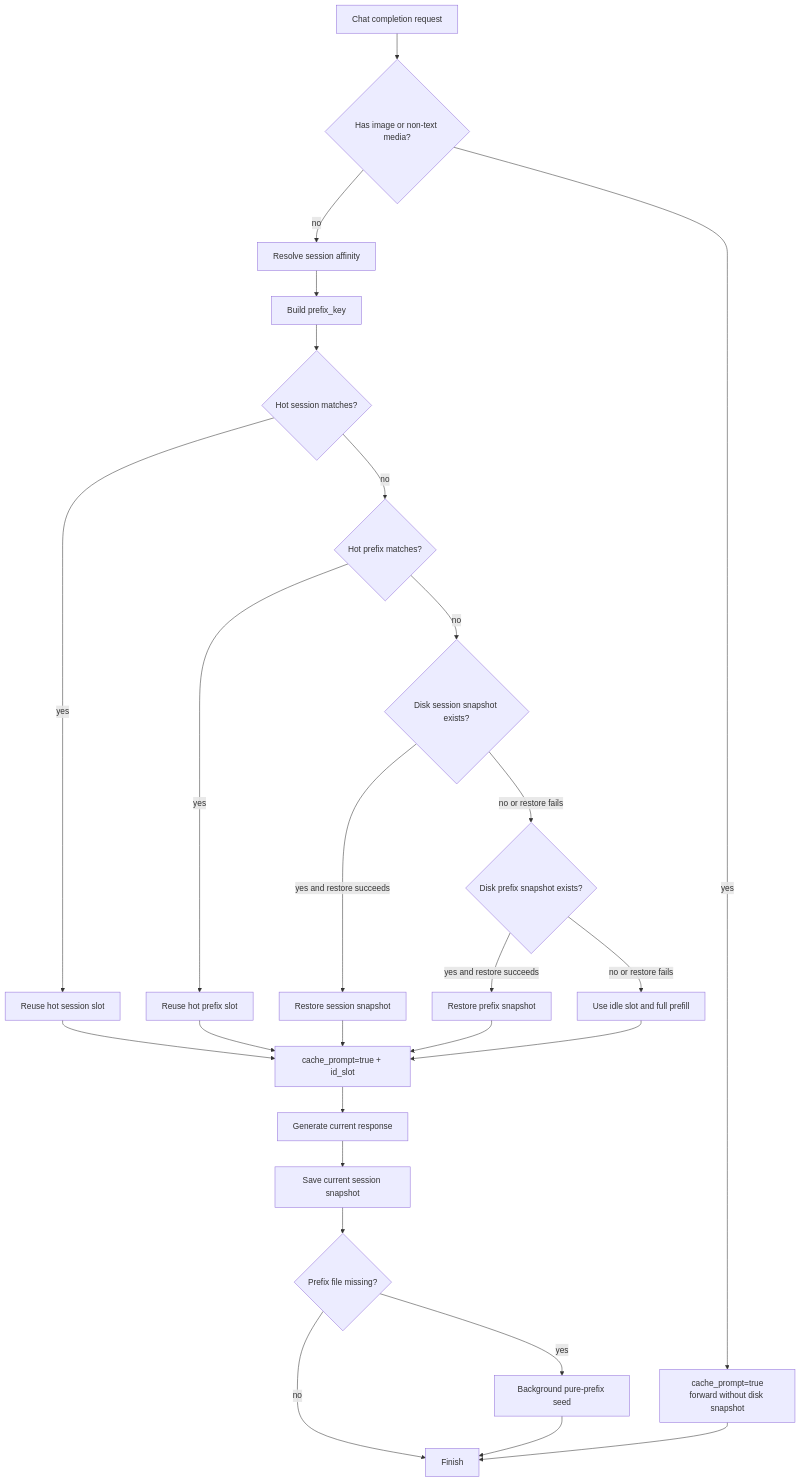
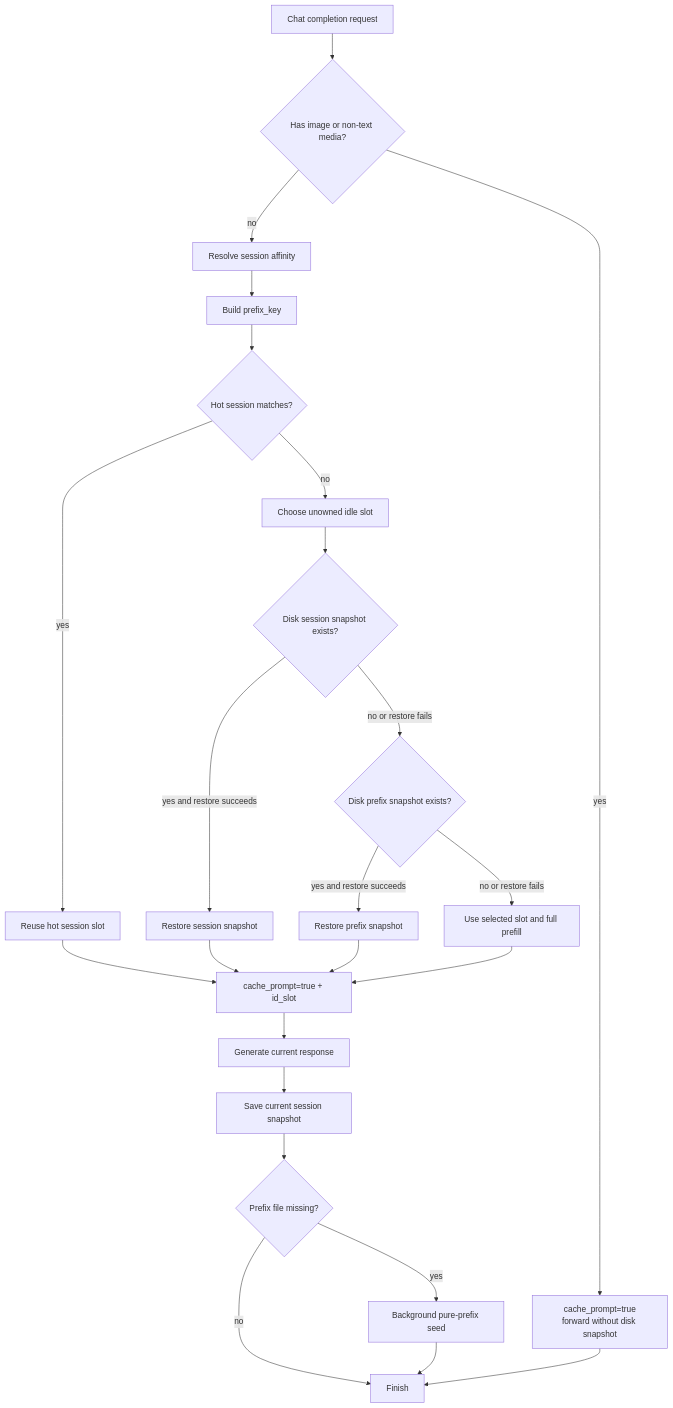
One commit to xqliu/local-llm-kv-cache changed the fourth of 8 diagrams in DESIGN.md. Above: the diagram before and after it, drawn with Mermaid. The commit also changed other lines of this file and 3 other files, not shown here.

```diff
--- a/DESIGN.md
+++ b/DESIGN.md
@@ -155,29 +155,27 @@
 ~~~mermaid
 flowchart TD
     START["Chat completion request"] --> MEDIA{"Has image or non-text media?"}
     MEDIA -->|yes| BYPASS["cache_prompt=true<br/>forward without disk snapshot"]
     MEDIA -->|no| ID["Resolve session affinity"]
     ID --> KEY["Build prefix_key"]
     KEY --> HOTS{"Hot session matches?"}
     HOTS -->|yes| HS["Reuse hot session slot"]
-    HOTS -->|no| HOTP{"Hot prefix matches?"}
-    HOTP -->|yes| HP["Reuse hot prefix slot"]
-    HOTP -->|no| DS{"Disk session snapshot exists?"}
+    HOTS -->|no| SLOT["Choose unowned idle slot"]
+    SLOT --> DS{"Disk session snapshot exists?"}
     DS -->|yes and restore succeeds| DSR["Restore session snapshot"]
     DS -->|no or restore fails| DP{"Disk prefix snapshot exists?"}
     DP -->|yes and restore succeeds| DPR["Restore prefix snapshot"]
-    DP -->|no or restore fails| MISS["Use idle slot and full prefill"]
+    DP -->|no or restore fails| MISS["Use selected slot and full prefill"]
 
     HS --> SEND["cache_prompt=true + id_slot"]
-    HP --> SEND
     DSR --> SEND
     DPR --> SEND
     MISS --> SEND
     SEND --> RESP["Generate current response"]
     RESP --> SAVE["Save current session snapshot"]
     SAVE --> SEED{"Prefix file missing?"}
     SEED -->|yes| BG["Background pure-prefix seed"]
     SEED -->|no| END["Finish"]
     BG --> END
     BYPASS --> END
 ~~~
```
